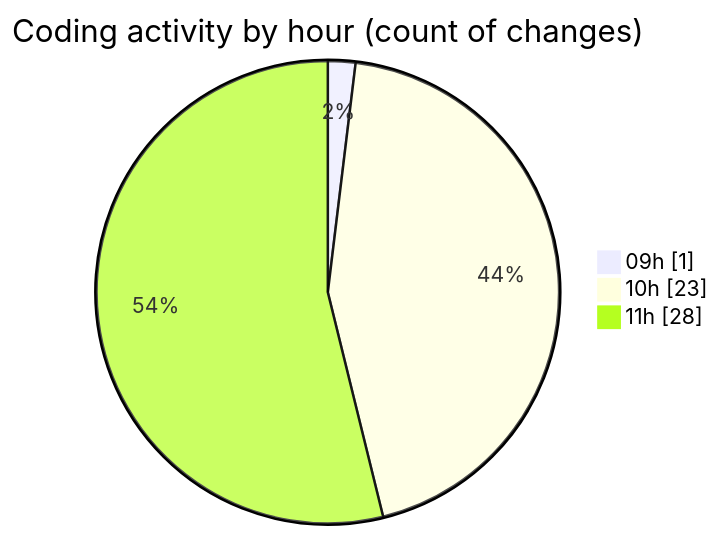
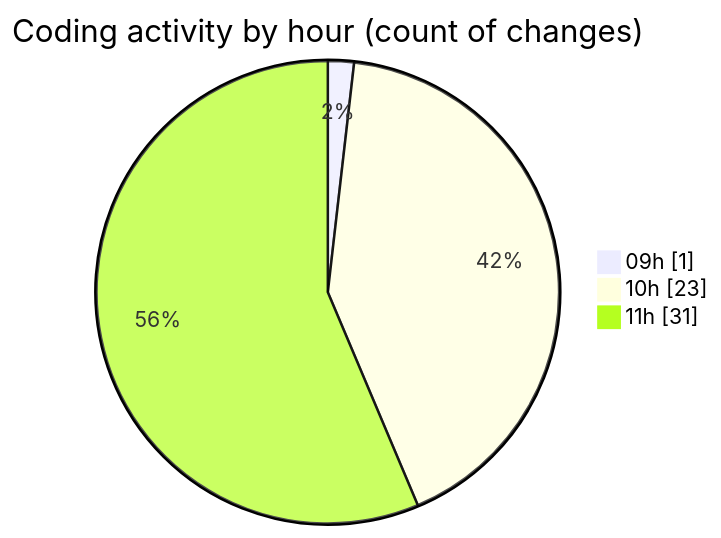
Before and after one commit to momahboobian/code-tracking: the second of 2 diagrams in 2026-10-20/cda/README.md, drawn with Mermaid. The commit also changed other lines of this file and 1 other file, not shown here.

````diff
--- a/2026-10-20/cda/README.md
+++ b/2026-10-20/cda/README.md
@@ -37,7 +37,7 @@
 ```mermaid
 pie showData
 title Coding activity by hour (count of changes)
 "09h" : 1
 "10h" : 23
-"11h" : 28
+"11h" : 31
 ```
````
